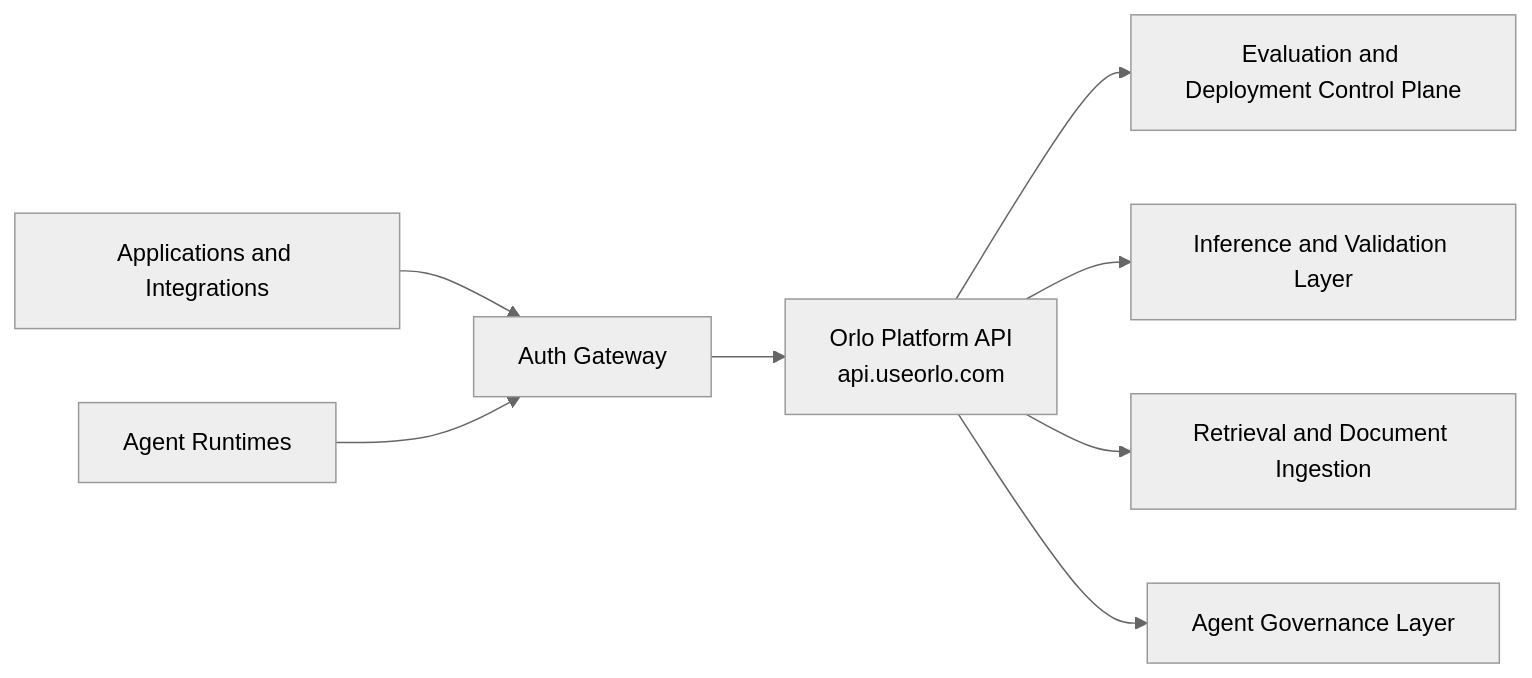
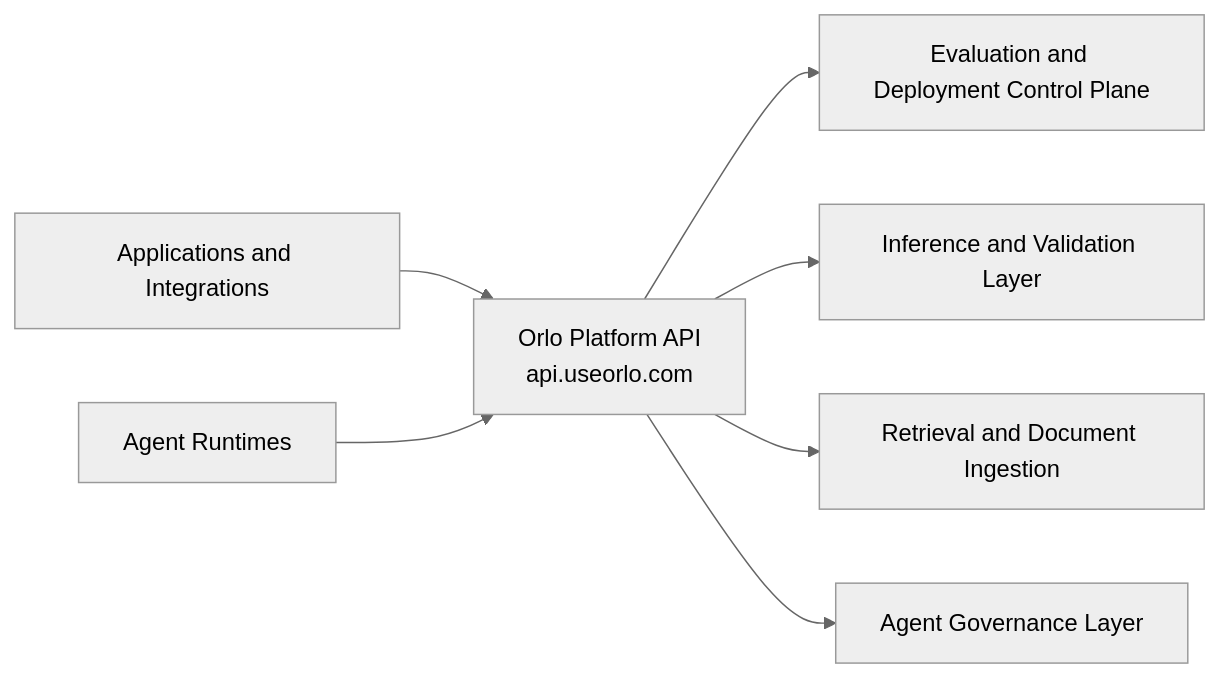
One commit to useorlo/orlo-docs changed the diagram in content/guides/architecture/diagrams/platform-request-flow.md. Above: the diagram before and after it, drawn with Mermaid (neutral theme). The commit also changed other lines of this file and 52 other files, not shown here.

````diff
--- a/content/guides/architecture/diagrams/platform-request-flow.md
+++ b/content/guides/architecture/diagrams/platform-request-flow.md
@@ -11,11 +11,10 @@
 ```mermaid
 flowchart LR
-    A["Applications and Integrations"] --> G["Auth Gateway"]
-    B["Agent Runtimes"] --> G
-    G --> C["Orlo Platform API<br/>api.useorlo.com"]
+    A["Applications and Integrations"] --> C["Orlo Platform API<br/>api.useorlo.com"]
+    B["Agent Runtimes"] --> C
 
     C --> D["Evaluation and Deployment Control Plane"]
     C --> E["Inference and Validation Layer"]
     C --> F["Retrieval and Document Ingestion"]
     C --> H["Agent Governance Layer"]
 ```
````
